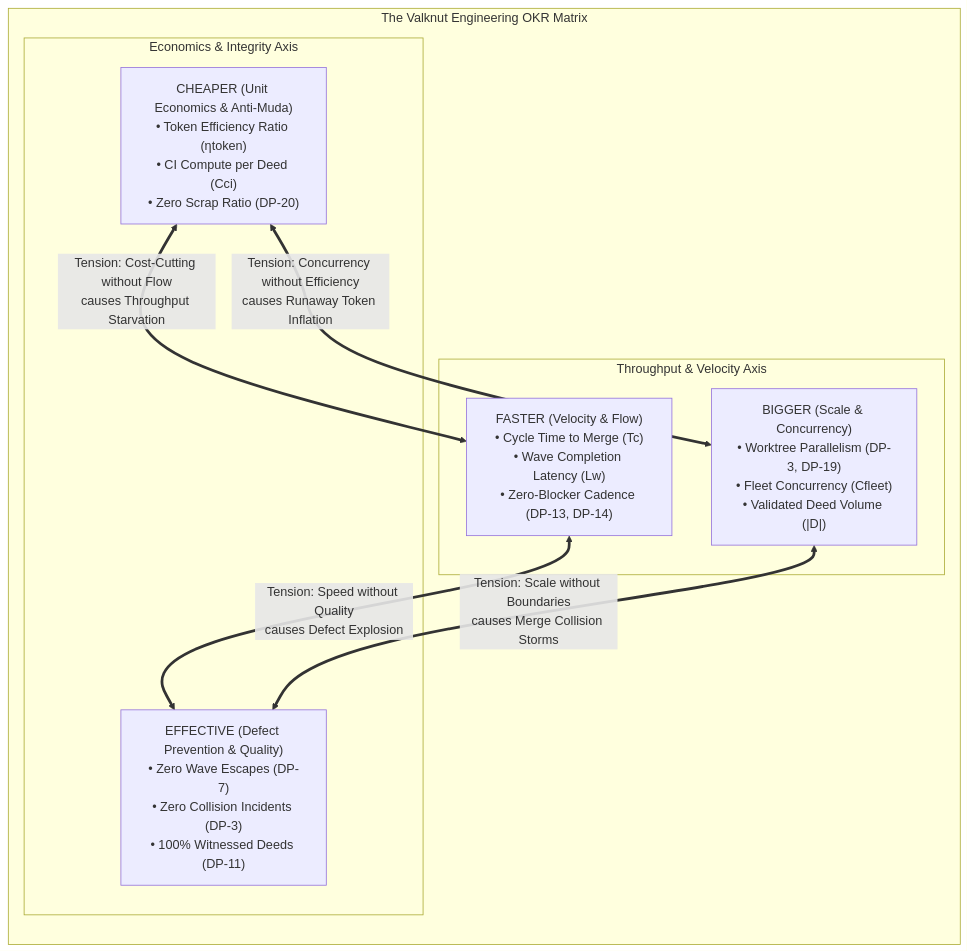
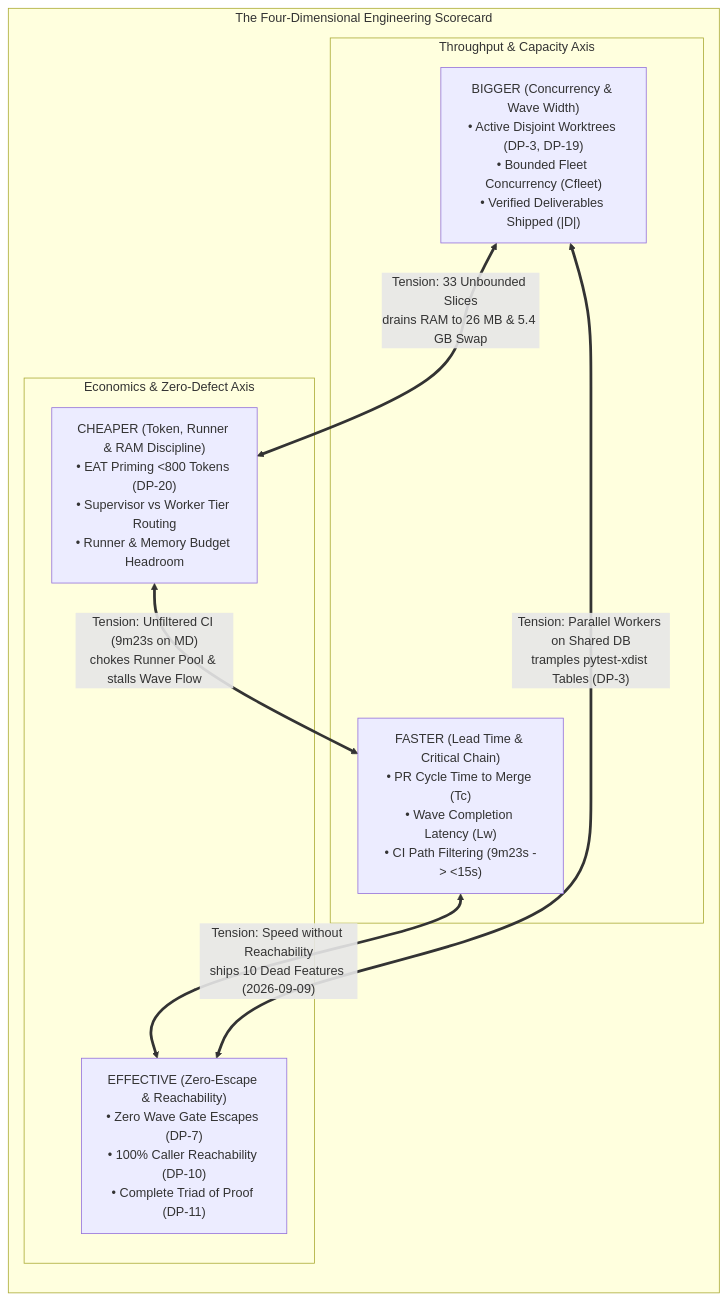
One commit to nwalker85/rdom-method changed the diagram in docs/chapters/06-the-engineering-okr-framework.md. Above: the diagram before and after it, drawn with Mermaid. The commit also changed other lines of this file and 29 other files, not shown here.

````diff
--- a/docs/chapters/06-the-engineering-okr-framework.md
+++ b/docs/chapters/06-the-engineering-okr-framework.md
@@ -24,21 +25,21 @@
 ```mermaid
 flowchart TD
-    subgraph VALKNUT["The Valknut Engineering OKR Matrix"]
+    subgraph SCORECARD["The Four-Dimensional Engineering Scorecard"]
         direction TB
         
-        subgraph TopRow["Throughput & Velocity Axis"]
-            F["FASTER (Velocity & Flow)\n• Cycle Time to Merge (Tc)\n• Wave Completion Latency (Lw)\n• Zero-Blocker Cadence (DP-13, DP-14)"]
-            B["BIGGER (Scale & Concurrency)\n• Worktree Parallelism (DP-3, DP-19)\n• Fleet Concurrency (Cfleet)\n• Validated Deed Volume (|D|)"]
+        subgraph TopAxis["Throughput & Capacity Axis"]
+            F["FASTER (Lead Time & Critical Chain)\n• PR Cycle Time to Merge (Tc)\n• Wave Completion Latency (Lw)\n• CI Path Filtering (9m23s -> <15s)"]
+            B["BIGGER (Concurrency & Wave Width)\n• Active Disjoint Worktrees (DP-3, DP-19)\n• Bounded Fleet Concurrency (Cfleet)\n• Verified Deliverables Shipped (|D|)"]
         end
         
-        subgraph BottomRow["Economics & Integrity Axis"]
-            C["CHEAPER (Unit Economics & Anti-Muda)\n• Token Efficiency Ratio (ηtoken)\n• CI Compute per Deed (Cci)\n• Zero Scrap Ratio (DP-20)"]
-            E["EFFECTIVE (Defect Prevention & Quality)\n• Zero Wave Escapes (DP-7)\n• Zero Collision Incidents (DP-3)\n• 100% Witnessed Deeds (DP-11)"]
+        subgraph BottomAxis["Economics & Zero-Defect Axis"]
+            C["CHEAPER (Token, Runner & RAM Discipline)\n• EAT Priming <800 Tokens (DP-20)\n• Supervisor vs Worker Tier Routing\n• Runner & Memory Budget Headroom"]
+            E["EFFECTIVE (Zero-Escape & Reachability)\n• Zero Wave Gate Escapes (DP-7)\n• 100% Caller Reachability (DP-10)\n• Complete Triad of Proof (DP-11)"]
         end
         
-        F <== "Tension: Speed without Quality\ncauses Defect Explosion" ==> E
-        B <== "Tension: Scale without Boundaries\ncauses Merge Collision Storms" ==> E
-        C <== "Tension: Cost-Cutting without Flow\ncauses Throughput Starvation" ==> F
-        C <== "Tension: Concurrency without Efficiency\ncauses Runaway Token Inflation" ==> B
+        F <== "Tension: Speed without Reachability\nships 10 Dead Features (2026-09-09)" ==> E
+        B <== "Tension: 33 Unbounded Slices\ndrains RAM to 26 MB & 5.4 GB Swap" ==> C
+        C <== "Tension: Unfiltered CI (9m23s on MD)\nchokes Runner Pool & stalls Wave Flow" ==> F
+        B <== "Tension: Parallel Workers on Shared DB\ntramples pytest-xdist Tables (DP-3)" ==> E
     end
 ```
````
